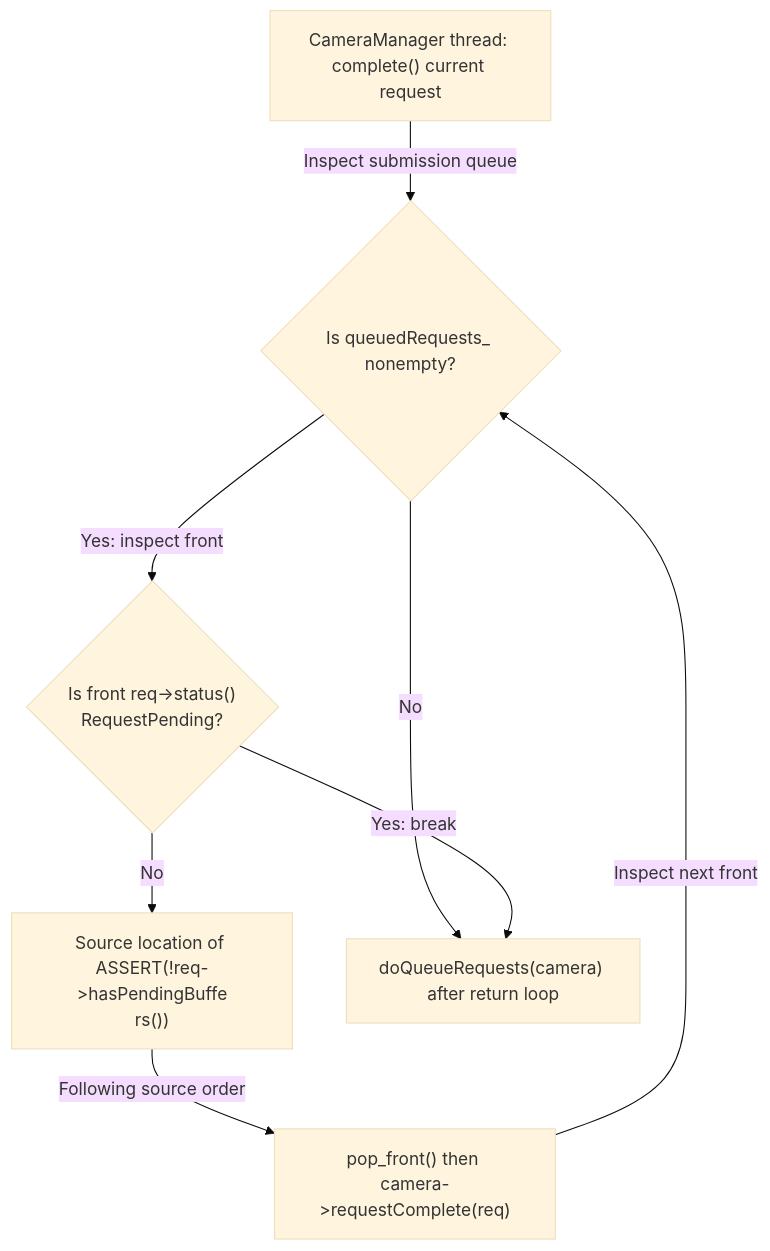
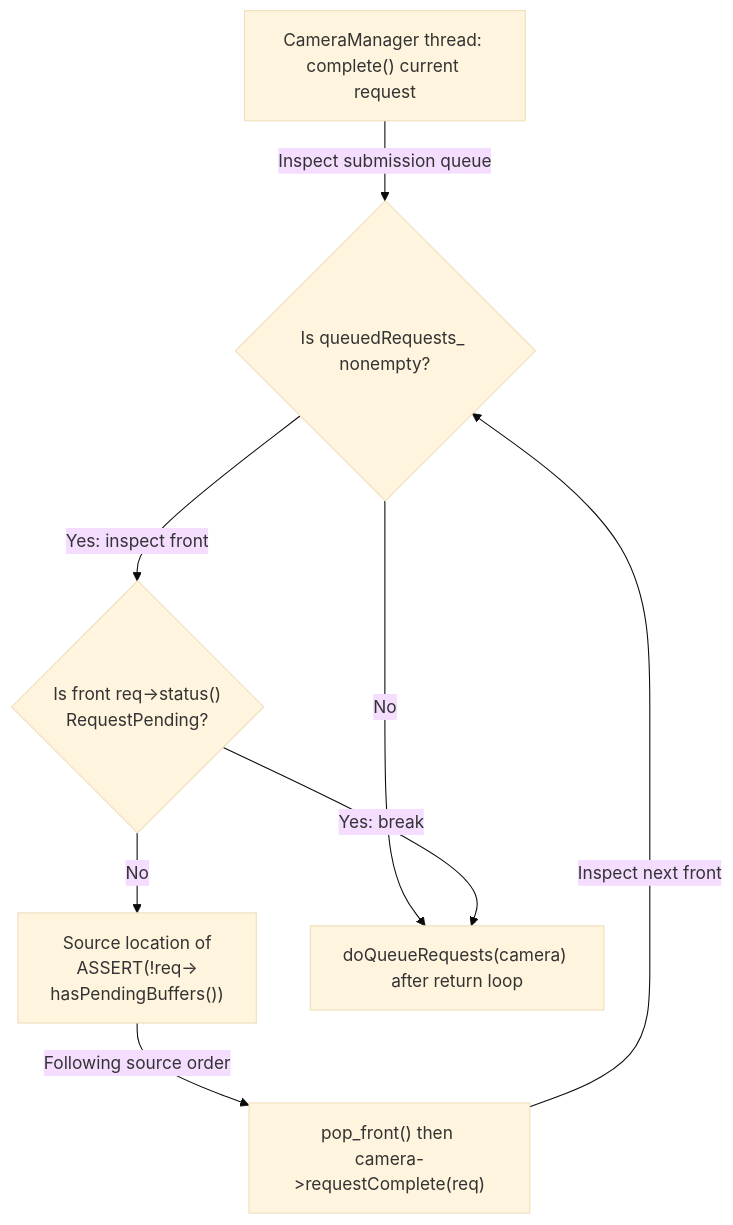
The diagram in docs/en/request-diagnosis.diagnosis-submission-order-completion.mmd (TTolsun/libcamera-sdd), drawn with Mermaid (base theme) before and after one commit. The commit also changed 88 other files, not shown here.

Commit message:
Publish readable opening scale for bilingual diagrams

```diff
--- a/docs/en/request-diagnosis.diagnosis-submission-order-completion.mmd
+++ b/docs/en/request-diagnosis.diagnosis-submission-order-completion.mmd
@@ -1,15 +1,15 @@
 flowchart TB
 
   v_entry["CameraManager thread: <br/>complete#40;#41; current request"]
   v_queue{"Is queuedRequests#95; nonempty?"}
   v_pending{"Is front req-#62;status#40;#41; <br/>RequestPending?"}
-  v_assertion["Source location of <br/>ASSERT#40;#33;req-#62;hasPendingBuffe<br/>rs#40;#41;#41;"]
+  v_assertion["Source location of <br/>ASSERT#40;#33;req-#62;<br/>hasPendingBuffers#40;#41;#41;"]
   v_notify["pop#95;front#40;#41; then <br/>camera-#62;requestComplete#40;req#41;"]
   v_end["doQueueRequests#40;camera#41; <br/>after return loop"]
   v_entry -->|"Inspect submission queue"| v_queue
   v_queue -->|"Yes: inspect front"| v_pending
   v_queue -->|"No"| v_end
   v_pending -->|"Yes: break"| v_end
   v_pending -->|"No"| v_assertion
   v_assertion -->|"Following source order"| v_notify
   v_notify -->|"Inspect next front"| v_queue
```
